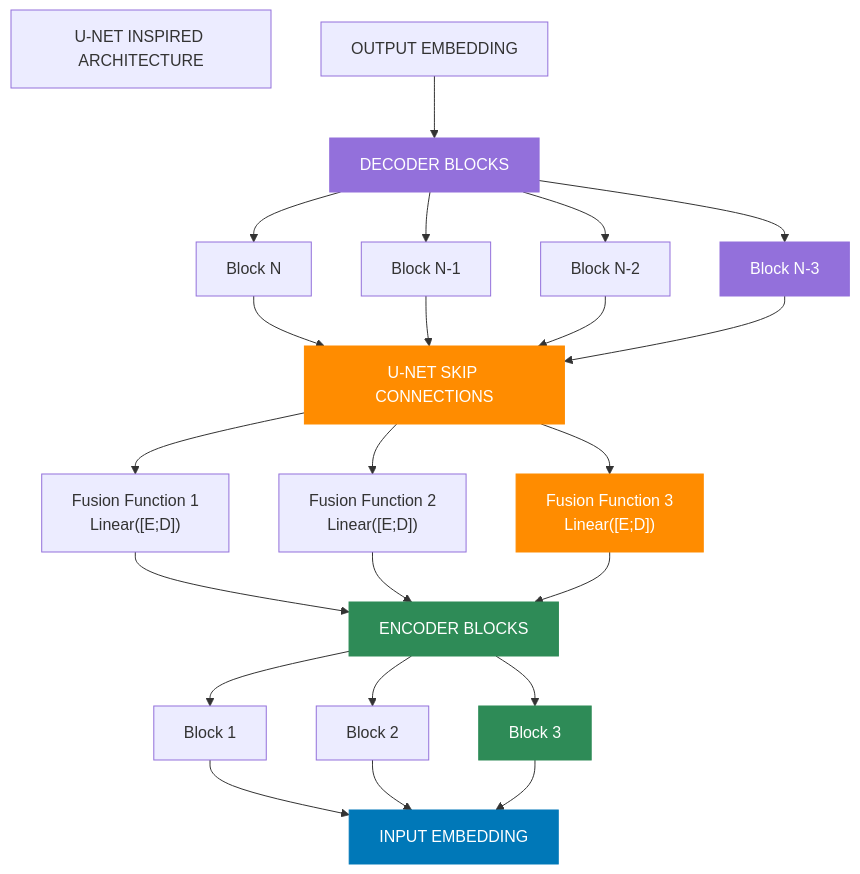
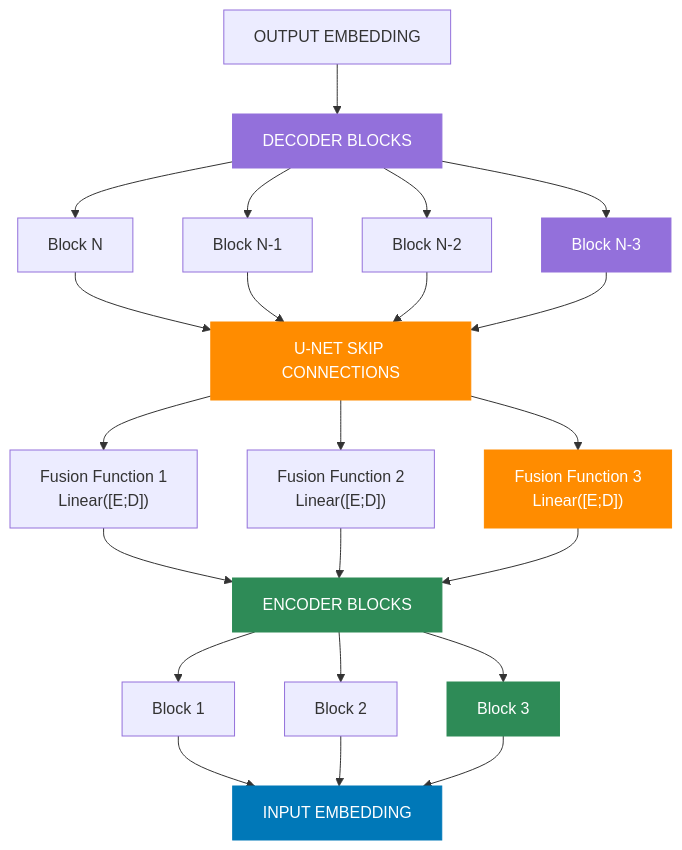
Before and after one commit to CambrianTech/sentinel-ai: the fourth of 6 diagrams in README.md, drawn with Mermaid. The commit also changed other lines of this file and 1 other file, not shown here.

First line of the commit message:
Fix/diagram colors and captions (#34)

````diff
--- a/README.md
+++ b/README.md
@@ -206,60 +201,58 @@
 ```mermaid
 flowchart TD
     classDef standard fill:#333,stroke:#333,stroke-width:1px,color:#fff
     classDef embedding fill:#0078b8,stroke:#0078b8,stroke-width:1px,color:#fff
     classDef decoder fill:#9370db,stroke:#9370db,stroke-width:1px,color:#fff
     classDef skip fill:#ff8c00,stroke:#ff8c00,stroke-width:1px,color:#fff
     classDef encoder fill:#2e8b57,stroke:#2e8b57,stroke-width:1px,color:#fff
     
     %% Main Components
-    header["U-NET INSPIRED ARCHITECTURE"]
     outputEmbed["OUTPUT EMBEDDING"]
     decoderBlocks["DECODER BLOCKS"]
     skipConnections["U-NET SKIP CONNECTIONS"]
     encoderBlocks["ENCODER BLOCKS"]
     inputEmbed["INPUT EMBEDDING"]
     
     %% Decoder Components
     blockN["Block N"]
     blockN1["Block N-1"]
     blockN2["Block N-2"]
     blockN3["Block N-3"]
     
     %% Skip Components
     fusion1["Fusion Function 1<br/>Linear([E;D])"]
     fusion2["Fusion Function 2<br/>Linear([E;D])"]
     fusion3["Fusion Function 3<br/>Linear([E;D])"]
     
     %% Encoder Components
     block1["Block 1"]
     block2["Block 2"]
     block3["Block 3"]
     
     %% Connections
         outputEmbed --> decoderBlocks
     
     decoderBlocks --> blockN & blockN1 & blockN2 & blockN3
     
     blockN & blockN1 & blockN2 & blockN3 --> skipConnections
     
     skipConnections --> fusion1 & fusion2 & fusion3
     
     fusion1 & fusion2 & fusion3 --> encoderBlocks
     
     encoderBlocks --> block1 & block2 & block3
     
     block1 & block2 & block3 --> inputEmbed
     
     %% Styling
-    header:::header
     outputEmbed & inputEmbed:::embedding
     decoderBlocks:::decoder
     skipConnections:::skip
     encoderBlocks:::encoder
     
     blockN & blockN1 & blockN2 & blockN3:::decoder
     
     fusion1 & fusion2 & fusion3:::skip
     
     block1 & block2 & block3:::encoder
 ```
````
